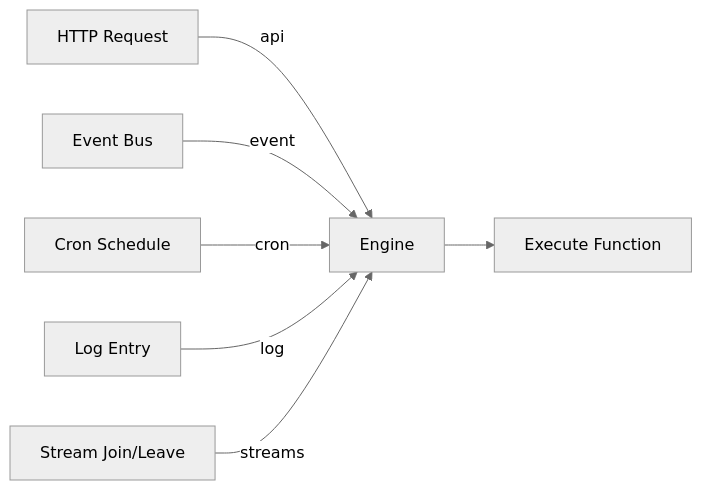
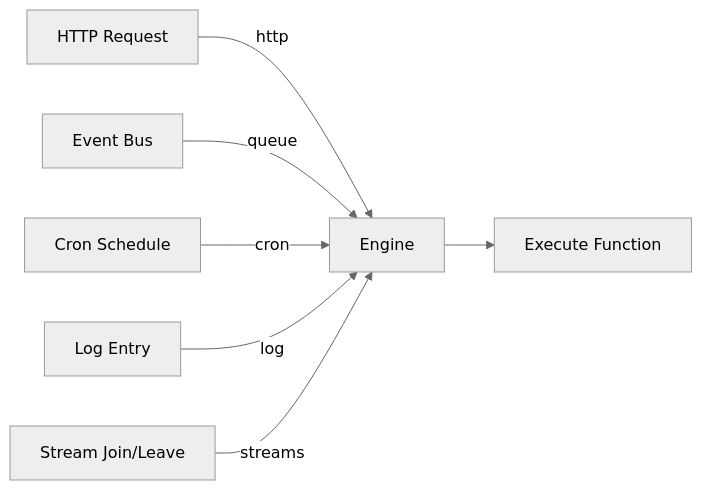
One commit to iii-hq/docs changed the first of 4 diagrams in content/trigger-types.mdx. Above: the diagram before and after it, drawn with Mermaid (neutral theme). The commit also changed other lines of this file and 27 other files, not shown here.

````diff
--- a/content/trigger-types.mdx
+++ b/content/trigger-types.mdx
@@ -29,10 +29,10 @@
 ```mermaid
 graph LR
-    HTTP[HTTP Request] -->|api| Engine
-    Event[Event Bus] -->|event| Engine
+    HTTP[HTTP Request] -->|http| Engine
+    Event[Event Bus] -->|queue| Engine
     Schedule[Cron Schedule] -->|cron| Engine
     Logs[Log Entry] -->|log| Engine
     Stream[Stream Join/Leave] -->|streams| Engine
 
     Engine --> Function[Execute Function]
 ```
````
